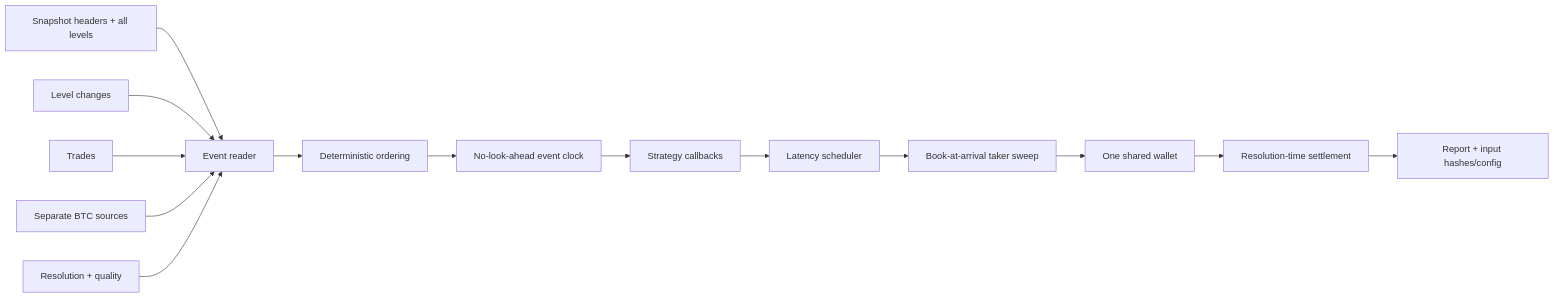
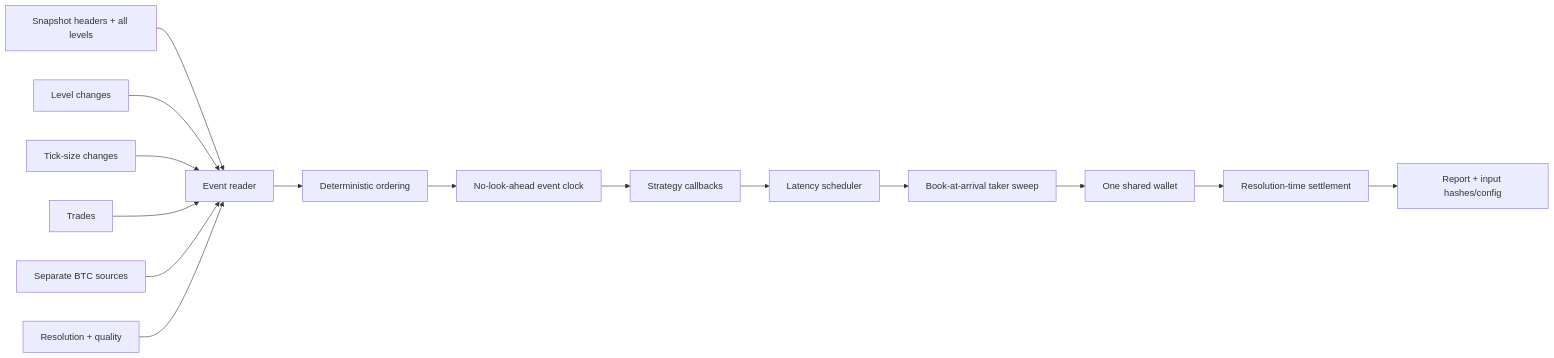
The third of 3 diagrams in docs/ARCHITECTURE.md (mrzeynalli/polymarket_btc_15min_backtester), drawn with Mermaid before and after one commit. The commit also changed other lines of this file and 16 other files, not shown here.

Commit message:
Replay dynamic tick size changes

````diff
--- a/docs/ARCHITECTURE.md
+++ b/docs/ARCHITECTURE.md
@@ -138,16 +143,17 @@
 ```mermaid
 flowchart LR
   P1[Snapshot headers + all levels] --> E[Event reader]
   P2[Level changes] --> E
+  P2A[Tick-size changes] --> E
   P3[Trades] --> E
   P4[Separate BTC sources] --> E
   P5[Resolution + quality] --> E
   E --> O[Deterministic ordering]
   O --> C[No-look-ahead event clock]
   C --> S[Strategy callbacks]
   S --> L[Latency scheduler]
   L --> X[Book-at-arrival taker sweep]
   X --> W[One shared wallet]
   W --> SET[Resolution-time settlement]
   SET --> A[Report + input hashes/config]
 ```
````
